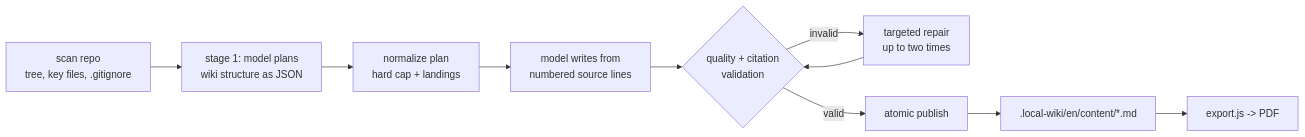
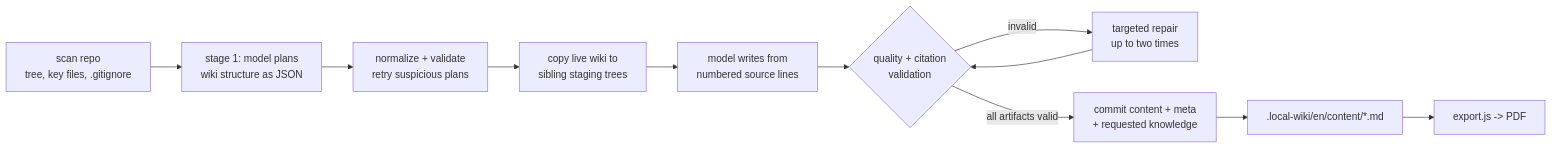
Before and after one commit to genes8/open-repo-wiki: the diagram in README.md, drawn with Mermaid. The commit also changed other lines of this file and 1 other file, not shown here.

Commit message:
docs: explain transactional wiki generation

````diff
--- a/README.md
+++ b/README.md
@@ -169,12 +191,13 @@
 ```mermaid
 graph LR
   A[scan repo<br/>tree, key files, .gitignore] --> B[stage 1: model plans<br/>wiki structure as JSON]
-  B --> C[normalize plan<br/>hard cap + landings]
-  C --> D[model writes from<br/>numbered source lines]
-  D --> E{quality + citation<br/>validation}
-  E -->|invalid| F[targeted repair<br/>up to two times]
-  F --> E
-  E -->|valid| G[atomic publish]
-  G --> H[.local-wiki/en/content/*.md]
-  H --> I[export.js -> PDF]
+  B --> C[normalize + validate<br/>retry suspicious plans]
+  C --> D[copy live wiki to<br/>sibling staging trees]
+  D --> E[model writes from<br/>numbered source lines]
+  E --> F{quality + citation<br/>validation}
+  F -->|invalid| G[targeted repair<br/>up to two times]
+  G --> F
+  F -->|all artifacts valid| H[commit content + meta<br/>+ requested knowledge]
+  H --> I[.local-wiki/en/content/*.md]
+  I --> J[export.js -> PDF]
 ```
````
